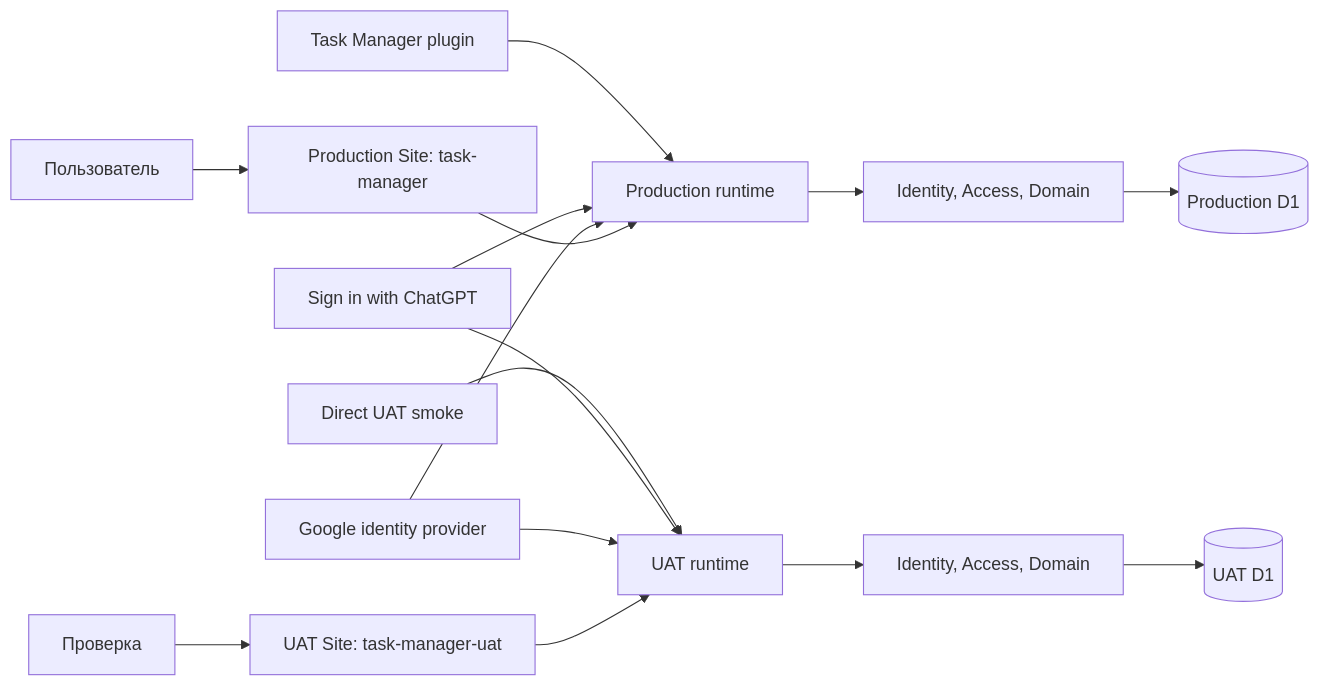
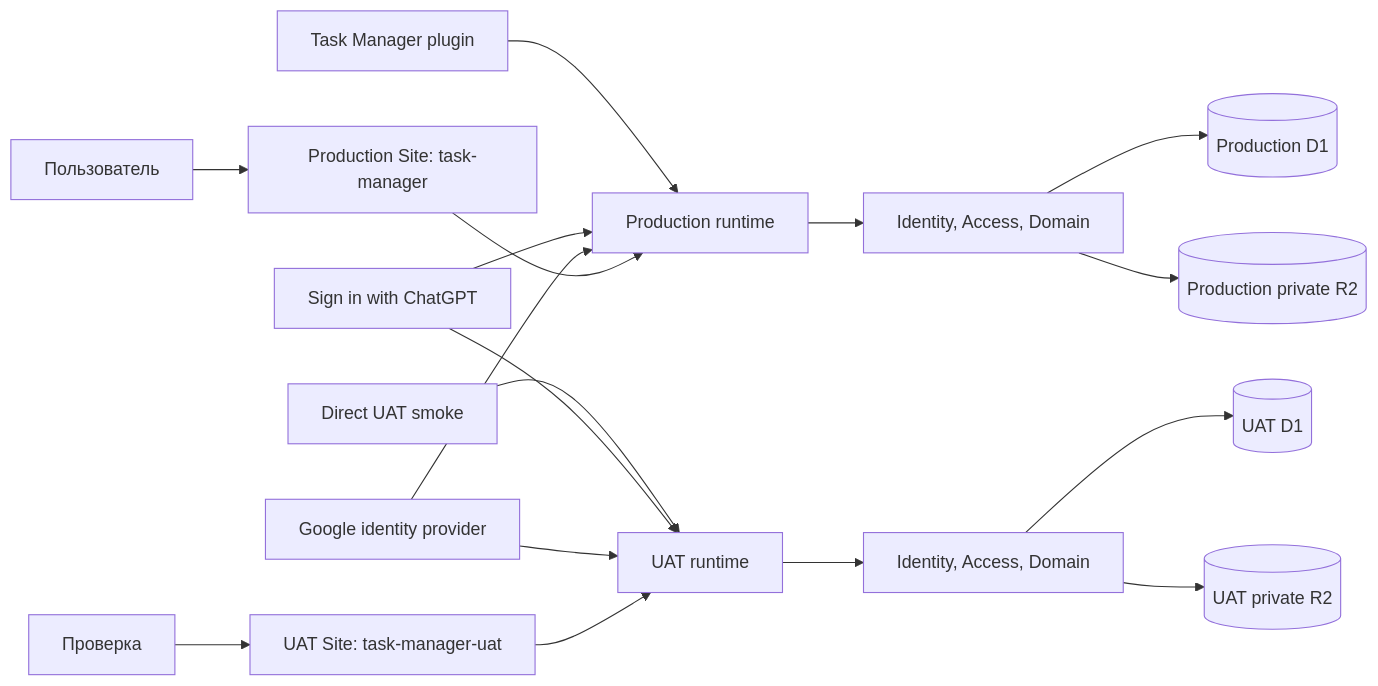
The diagram in docs/architecture.md (xxsrez/TaskManager), drawn with Mermaid before and after one commit. The commit also changed other lines of this file and 26 other files, not shown here.

````diff
--- a/docs/architecture.md
+++ b/docs/architecture.md
@@ -31,17 +31,19 @@
 ```mermaid
 flowchart LR
     U[Пользователь] --> PROD[Production Site: task-manager]
     QA[Проверка] --> UAT[UAT Site: task-manager-uat]
     PLUGIN[Task Manager plugin] --> PRT[Production runtime]
     API[Direct UAT smoke] --> URT[UAT runtime]
     CG[Sign in with ChatGPT] --> PRT
     CG --> URT
     G[Google identity provider] --> PRT
     G --> URT
     PROD --> PRT
     UAT --> URT
     PRT --> PIA[Identity, Access, Domain]
     URT --> UIA[Identity, Access, Domain]
     PIA --> PDB[(Production D1)]
     UIA --> UDB[(UAT D1)]
+    PIA --> PR2[(Production private R2)]
+    UIA --> UR2[(UAT private R2)]
 ```
````
